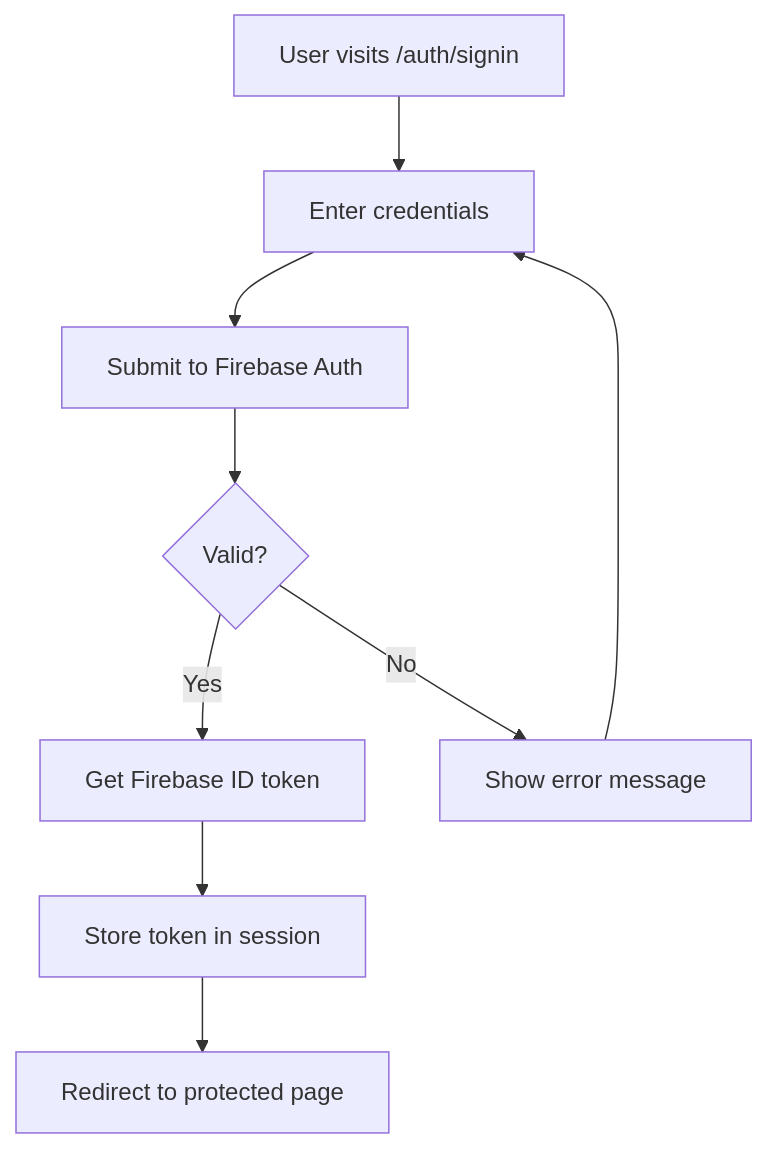
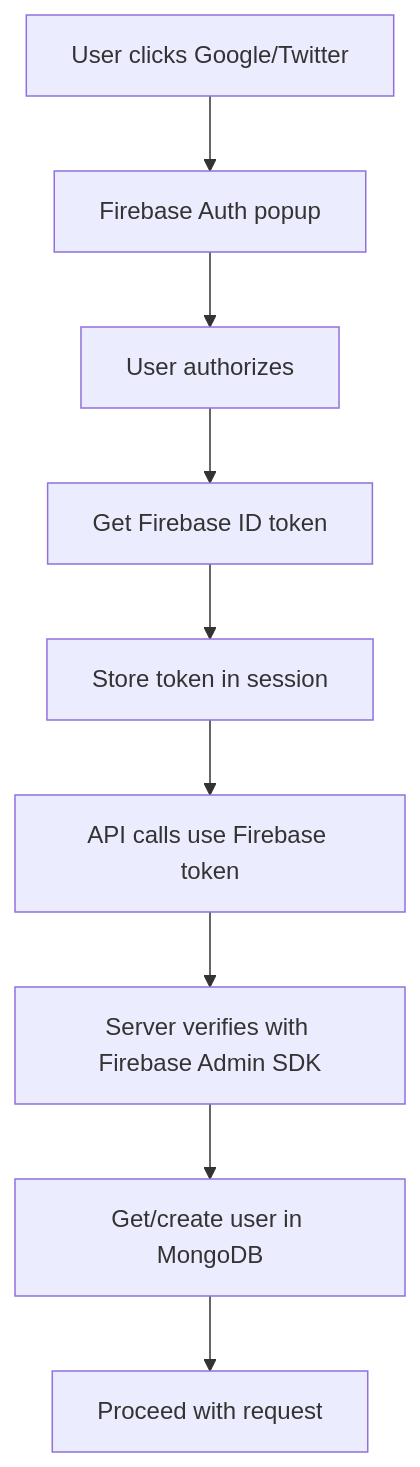
Before and after one commit to NoobSambit/ARMYVERSE2: the third of 4 diagrams in docs/features/authentication.md, drawn with Mermaid. The commit also changed other lines of this file and 77 other files, not shown here.

````diff
--- a/docs/features/authentication.md
+++ b/docs/features/authentication.md
@@ -67,11 +106,11 @@
 ```mermaid
 graph TD
-    A[User visits /auth/signin] --> B[Enter credentials]
-    B --> C[Submit to Firebase Auth]
-    C --> D{Valid?}
-    D -->|Yes| E[Get Firebase ID token]
-    E --> F[Store token in session]
-    F --> G[Redirect to protected page]
-    D -->|No| H[Show error message]
-    H --> B
+    A[User clicks Google/Twitter] --> B[Firebase Auth popup]
+    B --> C[User authorizes]
+    C --> D[Get Firebase ID token]
+    D --> E[Store token in session]
+    E --> F[API calls use Firebase token]
+    F --> G[Server verifies with Firebase Admin SDK]
+    G --> H[Get/create user in MongoDB]
+    H --> I[Proceed with request]
 ```
````
